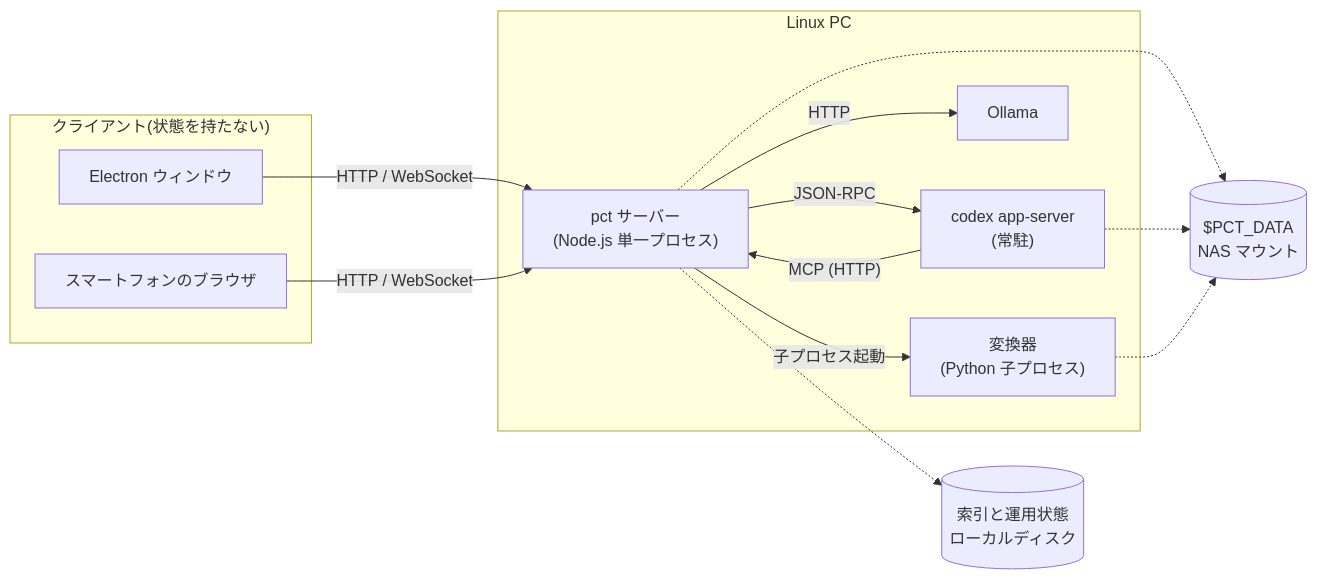
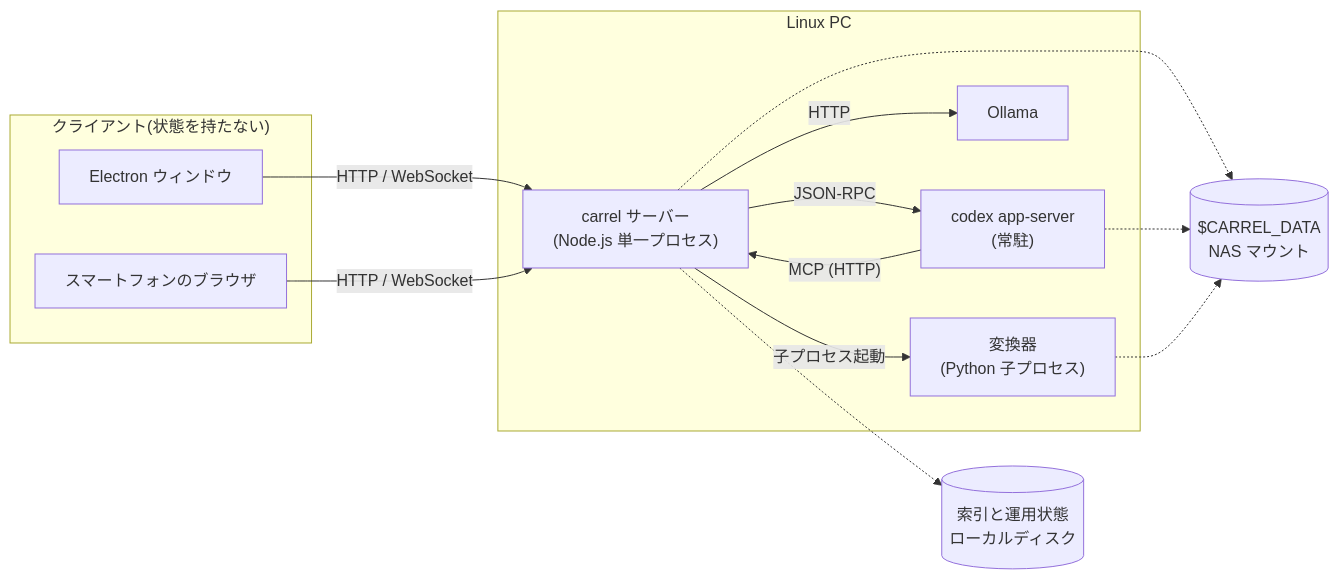
The diagram in docs/design/0001_architecture_and_deployment.md (MatchaChoco010/carrel), drawn with Mermaid before and after one commit. The commit also changed other lines of this file and 103 other files, not shown here.

````diff
--- a/docs/design/0001_architecture_and_deployment.md
+++ b/docs/design/0001_architecture_and_deployment.md
@@ -66,29 +66,29 @@
 ```mermaid
 flowchart LR
   subgraph clients["クライアント(状態を持たない)"]
     E["Electron ウィンドウ"]
     B["スマートフォンのブラウザ"]
   end
 
   subgraph host["Linux PC"]
-    S["pct サーバー<br/>(Node.js 単一プロセス)"]
+    S["carrel サーバー<br/>(Node.js 単一プロセス)"]
     C["codex app-server<br/>(常駐)"]
     O["Ollama"]
     M["変換器<br/>(Python 子プロセス)"]
   end
 
-  D[("$PCT_DATA<br/>NAS マウント")]
+  D[("$CARREL_DATA<br/>NAS マウント")]
   L[("索引と運用状態<br/>ローカルディスク")]
 
   E -->|"HTTP / WebSocket"| S
   B -->|"HTTP / WebSocket"| S
   S -->|"JSON-RPC"| C
   S -->|"HTTP"| O
   S -->|"子プロセス起動"| M
   C -->|"MCP (HTTP)"| S
 
   S -.-> D
   S -.-> L
   C -.-> D
   M -.-> D
 ```
````
